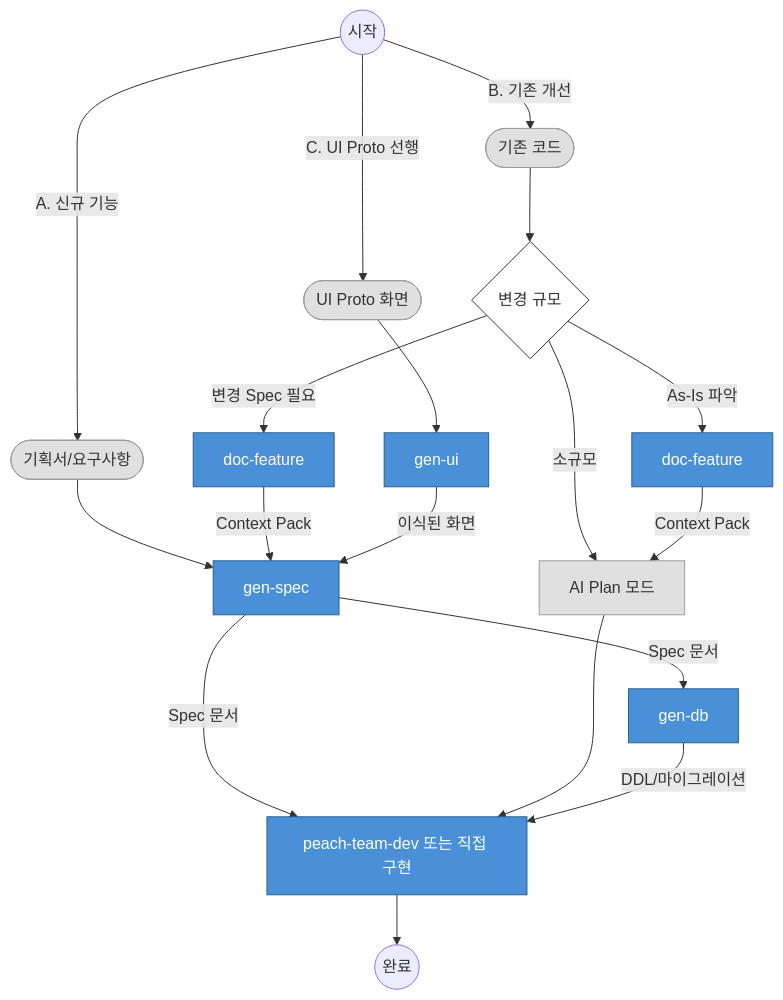
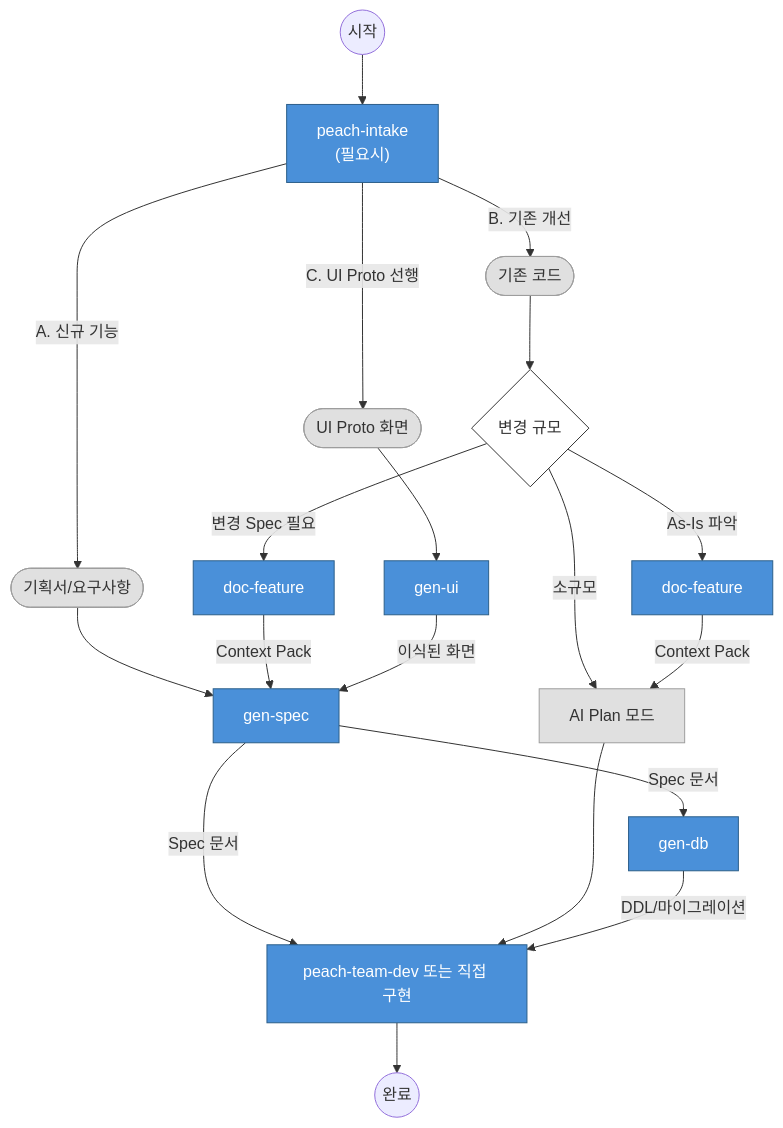
Before and after one commit to peachSolution/peach-harness: the diagram in docs/02-SDD-가이드.md, drawn with Mermaid. The commit also changed other lines of this file and 19 other files, not shown here.

Commit message:
스킬 워크플로우 호환성 개선

````diff
--- a/docs/02-SDD-가이드.md
+++ b/docs/02-SDD-가이드.md
@@ -7,38 +7,39 @@
 ```mermaid
 flowchart TD
     classDef skill fill:#4A90D9,stroke:#2C5F8A,color:#fff
     classDef artifact fill:#E0E0E0,stroke:#9E9E9E,color:#333
     classDef decision fill:#fff,stroke:#333,color:#333
 
     START(("시작"))
 
-    START -->|"A. 신규 기능"| A_IN
-    START -->|"B. 기존 개선"| B_IN
-    START -->|"C. UI Proto 선행"| C_IN
+    START --> INTAKE["peach-intake<br/>(필요시)"]:::skill
+    INTAKE -->|"A. 신규 기능"| A_IN
+    INTAKE -->|"B. 기존 개선"| B_IN
+    INTAKE -->|"C. UI Proto 선행"| C_IN
 
     A_IN(["기획서/요구사항"]):::artifact
     B_IN(["기존 코드"]):::artifact
     C_IN(["UI Proto 화면"]):::artifact
 
     A_IN --> SPEC["gen-spec"]:::skill
 
     B_IN --> B_SCALE{"변경 규모"}
     B_SCALE -->|"소규모"| B_PLAN["AI Plan 모드"]:::artifact
     B_SCALE -->|"As-Is 파악"| FEATDOCS["doc-feature"]:::skill
     B_SCALE -->|"변경 Spec 필요"| FEATDOCS2["doc-feature"]:::skill
     FEATDOCS -->|"Context Pack"| B_PLAN
     FEATDOCS2 -->|"Context Pack"| SPEC
 
     C_IN --> GENUI["gen-ui"]:::skill
     GENUI -->|"이식된 화면"| SPEC
 
     SPEC -->|"Spec 문서"| GENDB["gen-db"]:::skill
     SPEC -->|"Spec 문서"| IMPL
     B_PLAN --> IMPL
 
     GENDB -->|"DDL/마이그레이션"| IMPL["peach-team-dev 또는 직접 구현"]:::skill
 
     IMPL --> DONE(("완료"))
 
     class B_SCALE decision
 ```
````
